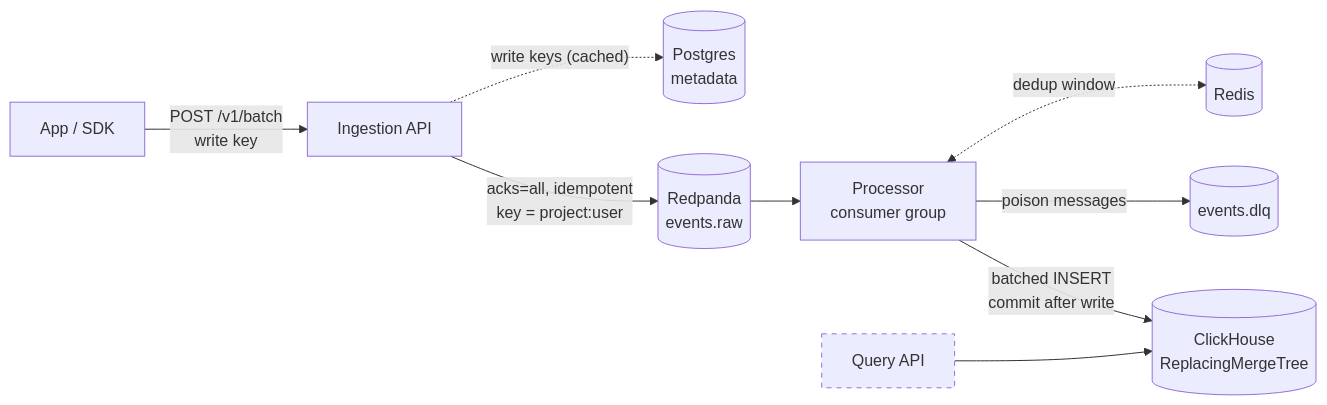
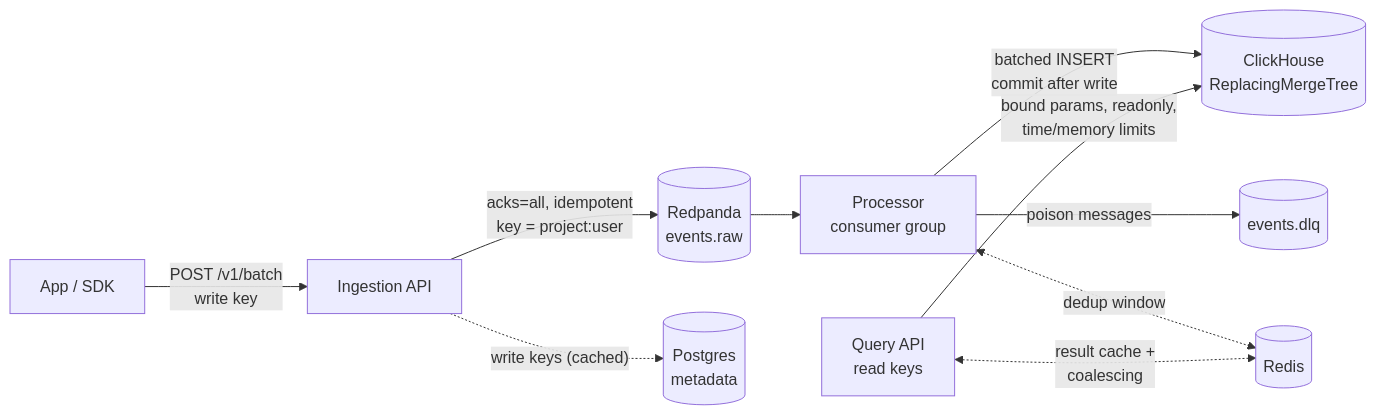
The diagram in README.md (shivam06062003/event-analytics), drawn with Mermaid before and after one commit. The commit also changed other lines of this file and 26 other files, not shown here.

First line of the commit message:
Phase 3: query API (segmentation, funnels, retention)

````diff
--- a/README.md
+++ b/README.md
@@ -14,13 +14,12 @@
 ```mermaid
 flowchart LR
     SDK[App / SDK] -- "POST /v1/batch<br/>write key" --> API[Ingestion API]
     API -- "acks=all, idempotent<br/>key = project:user" --> K[(Redpanda<br/>events.raw)]
     K --> P[Processor<br/>consumer group]
     P -- "batched INSERT<br/>commit after write" --> CH[(ClickHouse<br/>ReplacingMergeTree)]
     P -- "poison messages" --> DLQ[(events.dlq)]
     P <-. "dedup window" .-> R[(Redis)]
-    Q[Query API] --> CH
+    Q[Query API<br/>read keys] -- "bound params, readonly,<br/>time/memory limits" --> CH
+    Q <-. "result cache +<br/>coalescing" .-> R
     API -. "write keys (cached)" .-> PG[(Postgres<br/>metadata)]
-    classDef next stroke-dasharray: 5 5
-    class Q next
 ```
````
